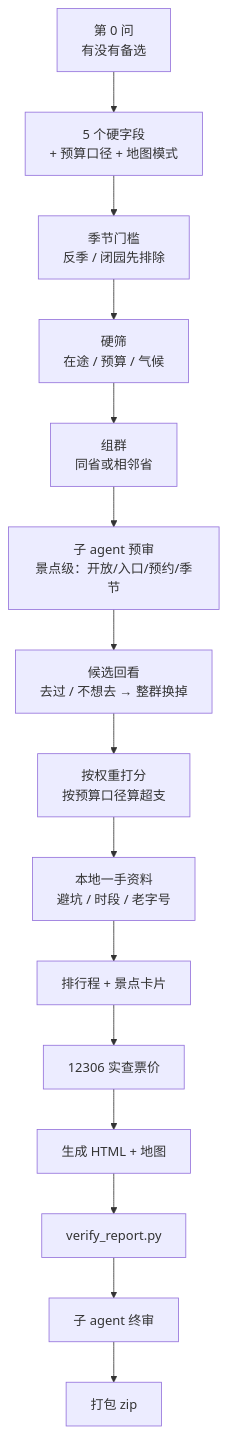
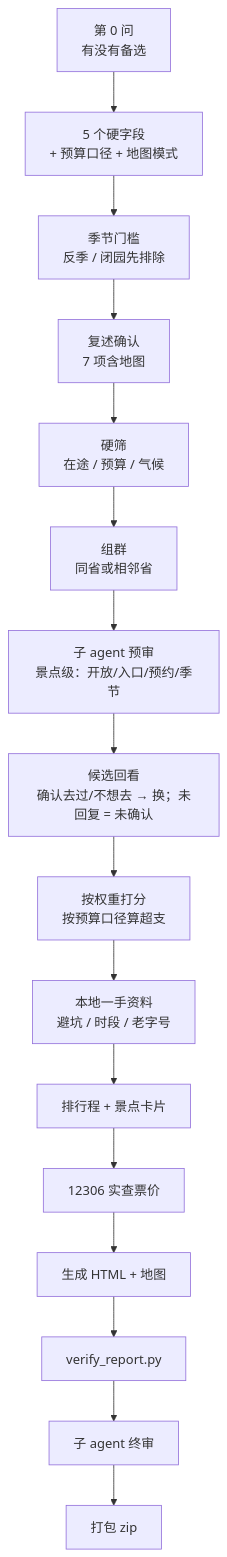
The diagram in README.zh-CN.md (ghost-him/chinese-travel-recommend), drawn with Mermaid before and after one commit. The commit also changed other lines of this file and 14 other files, not shown here.

````diff
--- a/README.zh-CN.md
+++ b/README.zh-CN.md
@@ -52,17 +52,18 @@
 ```mermaid
 flowchart TD
   A[第 0 问<br/>有没有备选] --> B[5 个硬字段<br/>+ 预算口径 + 地图模式]
   B --> C[季节门槛<br/>反季 / 闭园先排除]
-  C --> D[硬筛<br/>在途 / 预算 / 气候]
+  C --> R[复述确认<br/>7 项含地图]
+  R --> D[硬筛<br/>在途 / 预算 / 气候]
   D --> E[组群<br/>同省或相邻省]
   E --> F[子 agent 预审<br/>景点级：开放/入口/预约/季节]
-  F --> G[候选回看<br/>去过 / 不想去 → 整群换掉]
+  F --> G[候选回看<br/>确认去过/不想去 → 换；未回复 = 未确认]
   G --> H[按权重打分<br/>按预算口径算超支]
   H --> I[本地一手资料<br/>避坑 / 时段 / 老字号]
   I --> J[排行程 + 景点卡片]
   J --> K[12306 实查票价]
   K --> L[生成 HTML + 地图]
   L --> M[verify_report.py]
   M --> N[子 agent 终审]
   N --> O[打包 zip]
 ```
````
